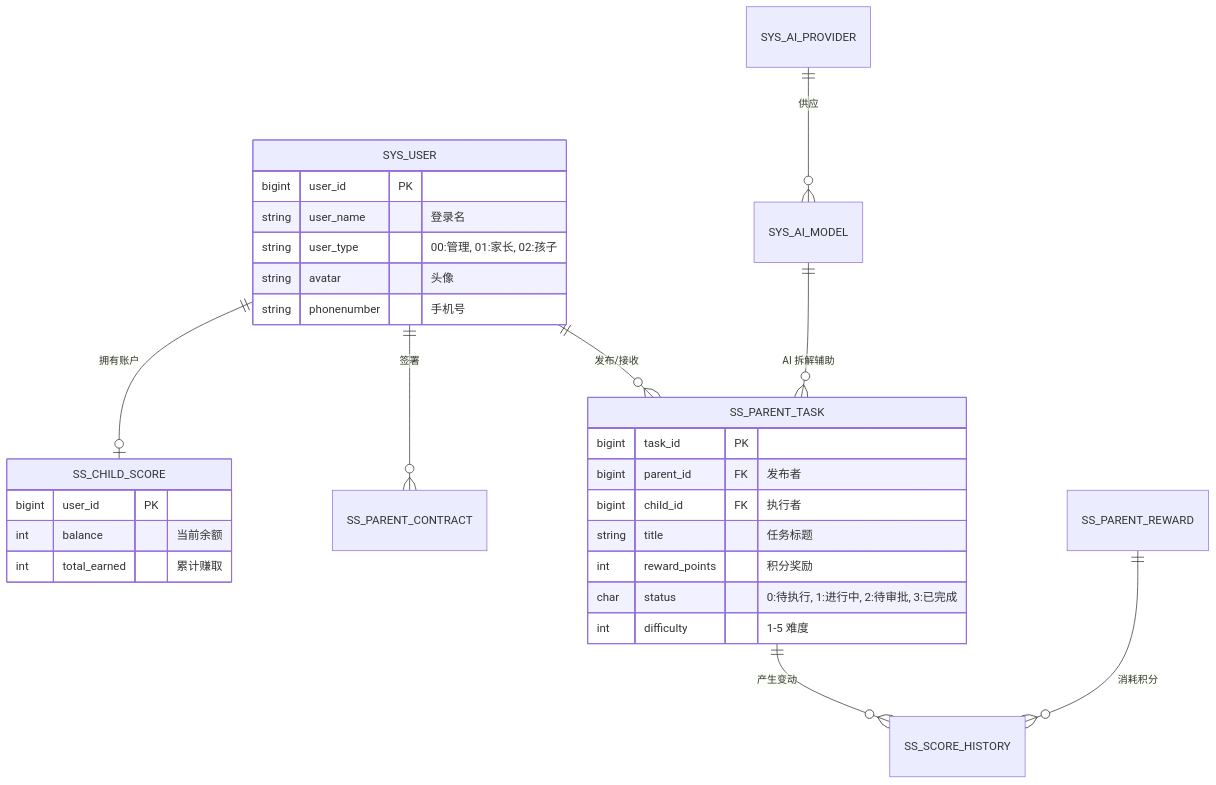
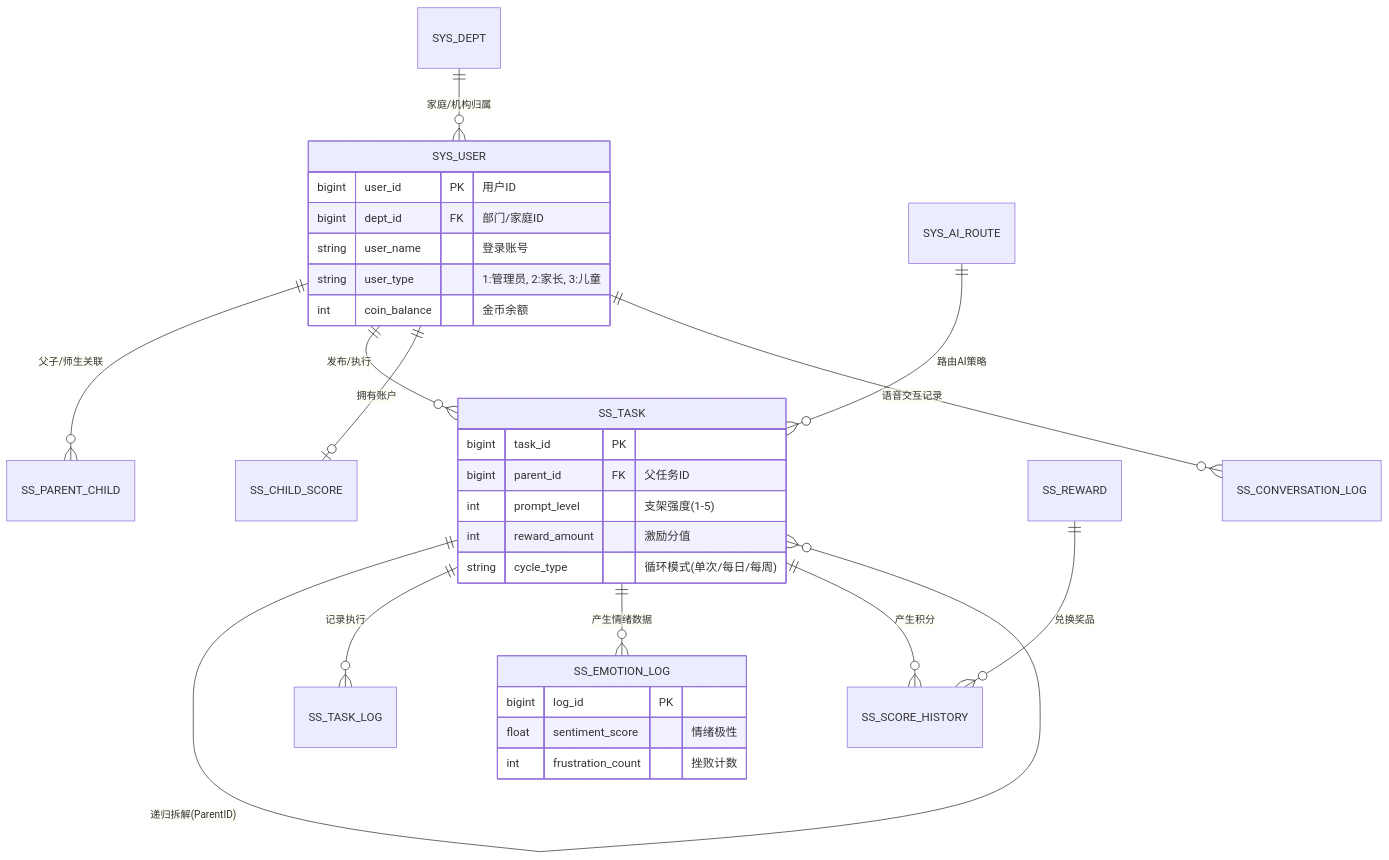
Before and after one commit to xiaozhaoosc/ss: the diagram in docs/todo/db.md, drawn with Mermaid. The commit also changed other lines of this file and 26 other files, not shown here.

````diff
--- a/docs/todo/db.md
+++ b/docs/todo/db.md
@@ -10,34 +10,39 @@
 ```mermaid
 erDiagram
-    SYS_USER ||--o{ SS_PARENT_TASK : "发布/接收"
-    SYS_USER ||--o{ SS_PARENT_CONTRACT : "签署"
+    SYS_DEPT ||--o{ SYS_USER : "家庭/机构归属"
+    SYS_USER ||--o{ SS_PARENT_CHILD : "父子/师生关联"
+    SYS_USER ||--o{ SS_TASK : "发布/执行"
     SYS_USER ||--o| SS_CHILD_SCORE : "拥有账户"
-    SS_PARENT_TASK ||--o{ SS_SCORE_HISTORY : "产生变动"
-    SS_PARENT_REWARD ||--o{ SS_SCORE_HISTORY : "消耗积分"
-    SYS_AI_MODEL ||--o{ SS_PARENT_TASK : "AI 拆解辅助"
-    SYS_AI_PROVIDER ||--o{ SYS_AI_MODEL : "供应"
+    
+    SS_TASK ||--o{ SS_TASK : "递归拆解(ParentID)"
+    SS_TASK ||--o{ SS_TASK_LOG : "记录执行"
+    SS_TASK ||--o{ SS_EMOTION_LOG : "产生情绪数据"
+    
+    SS_TASK ||--o{ SS_SCORE_HISTORY : "产生积分"
+    SS_REWARD ||--o{ SS_SCORE_HISTORY : "兑换奖品"
+    
+    SYS_AI_ROUTE ||--o{ SS_TASK : "路由AI策略"
+    SYS_USER ||--o{ SS_CONVERSATION_LOG : "语音交互记录"
 
     SYS_USER {
-        bigint user_id PK
-        string user_name "登录名"
-        string user_type "00:管理, 01:家长, 02:孩子"
-        string avatar "头像"
-        string phonenumber "手机号"
+        bigint user_id PK "用户ID"
+        bigint dept_id FK "部门/家庭ID"
+        string user_name "登录账号"
+        string user_type "1:管理员, 2:家长, 3:儿童"
+        int coin_balance "金币余额"
     }
 
-    SS_PARENT_TASK {
+    SS_TASK {
         bigint task_id PK
-        bigint parent_id FK "发布者"
-        bigint child_id FK "执行者"
-        string title "任务标题"
-        int reward_points "积分奖励"
-        char status "0:待执行, 1:进行中, 2:待审批, 3:已完成"
-        int difficulty "1-5 难度"
+        bigint parent_id FK "父任务ID"
+        int prompt_level "支架强度(1-5)"
+        int reward_amount "激励分值"
+        string cycle_type "循环模式(单次/每日/每周)"
     }
 
-    SS_CHILD_SCORE {
-        bigint user_id PK
-        int balance "当前余额"
-        int total_earned "累计赚取"
+    SS_EMOTION_LOG {
+        bigint log_id PK
+        float sentiment_score "情绪极性"
+        int frustration_count "挫败计数"
     }
 ```
````
